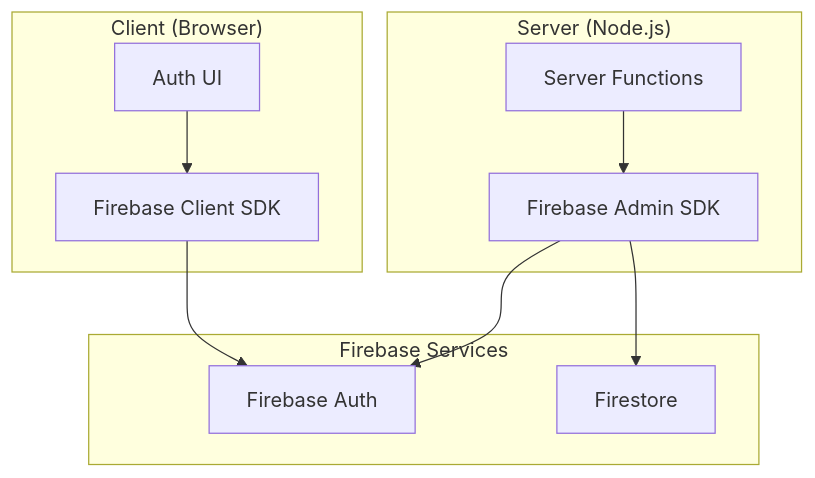
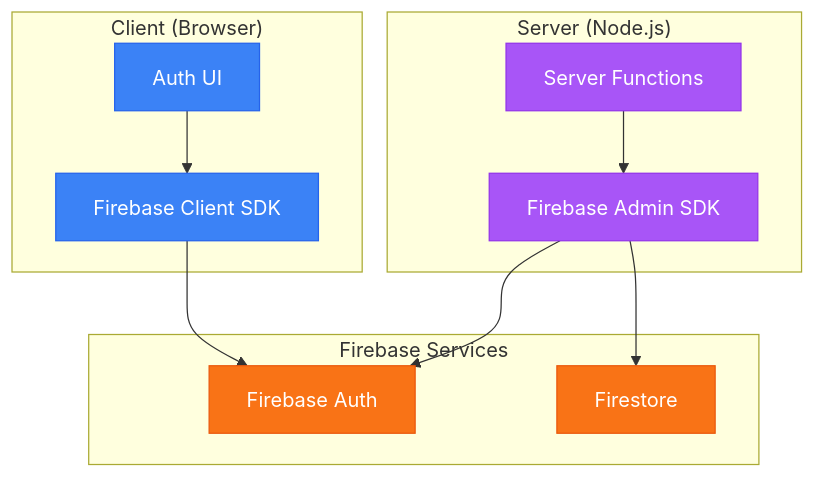
The first of 2 diagrams in docs/project/04-data-layer.md (Natural-Highs/live), drawn with Mermaid before and after one commit. The commit also changed 11 other files, not shown here.

````diff
--- a/docs/project/04-data-layer.md
+++ b/docs/project/04-data-layer.md
@@ -8,23 +8,30 @@
 ```mermaid
 flowchart TB
     subgraph CLIENT["Client (Browser)"]
         SDK[Firebase Client SDK]
         AUTH_UI[Auth UI]
     end
 
     subgraph SERVER["Server (Node.js)"]
         ADMIN[Firebase Admin SDK]
         SF[Server Functions]
     end
 
     subgraph FIREBASE["Firebase Services"]
         FB_AUTH[Firebase Auth]
         FS[Firestore]
     end
 
     AUTH_UI --> SDK
     SDK --> FB_AUTH
     SF --> ADMIN
     ADMIN --> FB_AUTH
     ADMIN --> FS
+
+    style SDK fill:#3b82f6,stroke:#2563eb,color:#fff
+    style AUTH_UI fill:#3b82f6,stroke:#2563eb,color:#fff
+    style ADMIN fill:#a855f7,stroke:#9333ea,color:#fff
+    style SF fill:#a855f7,stroke:#9333ea,color:#fff
+    style FB_AUTH fill:#f97316,stroke:#ea580c,color:#fff
+    style FS fill:#f97316,stroke:#ea580c,color:#fff
 ```
````
